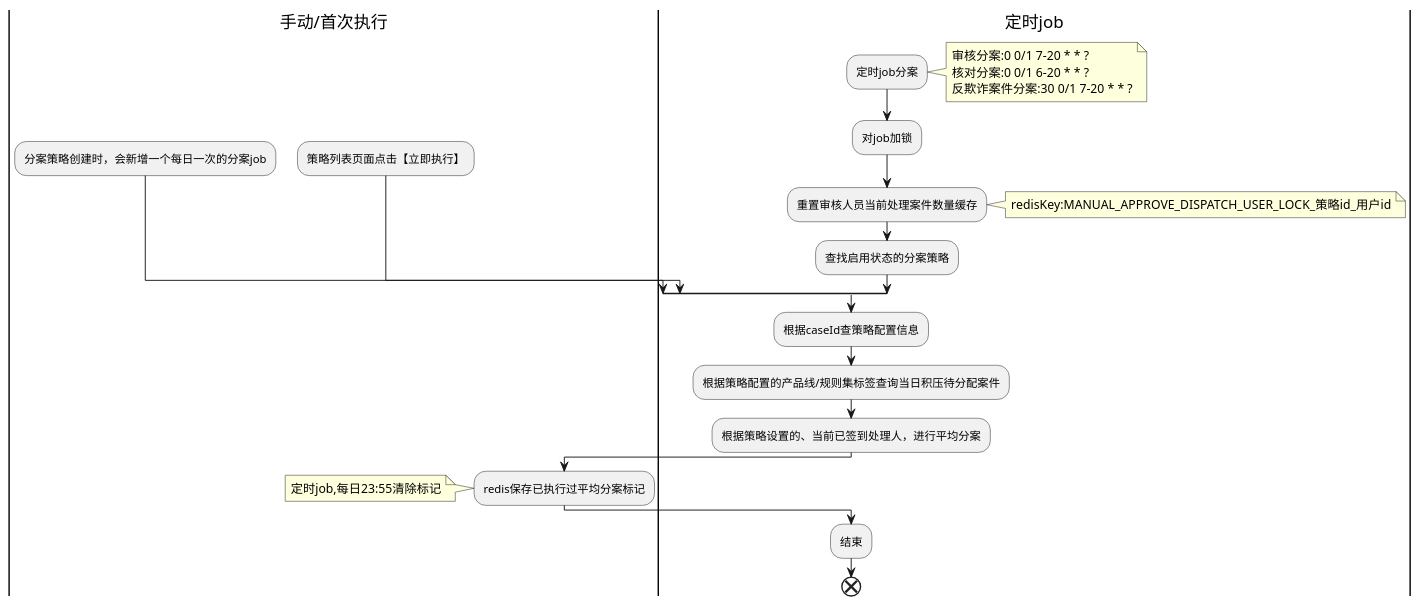
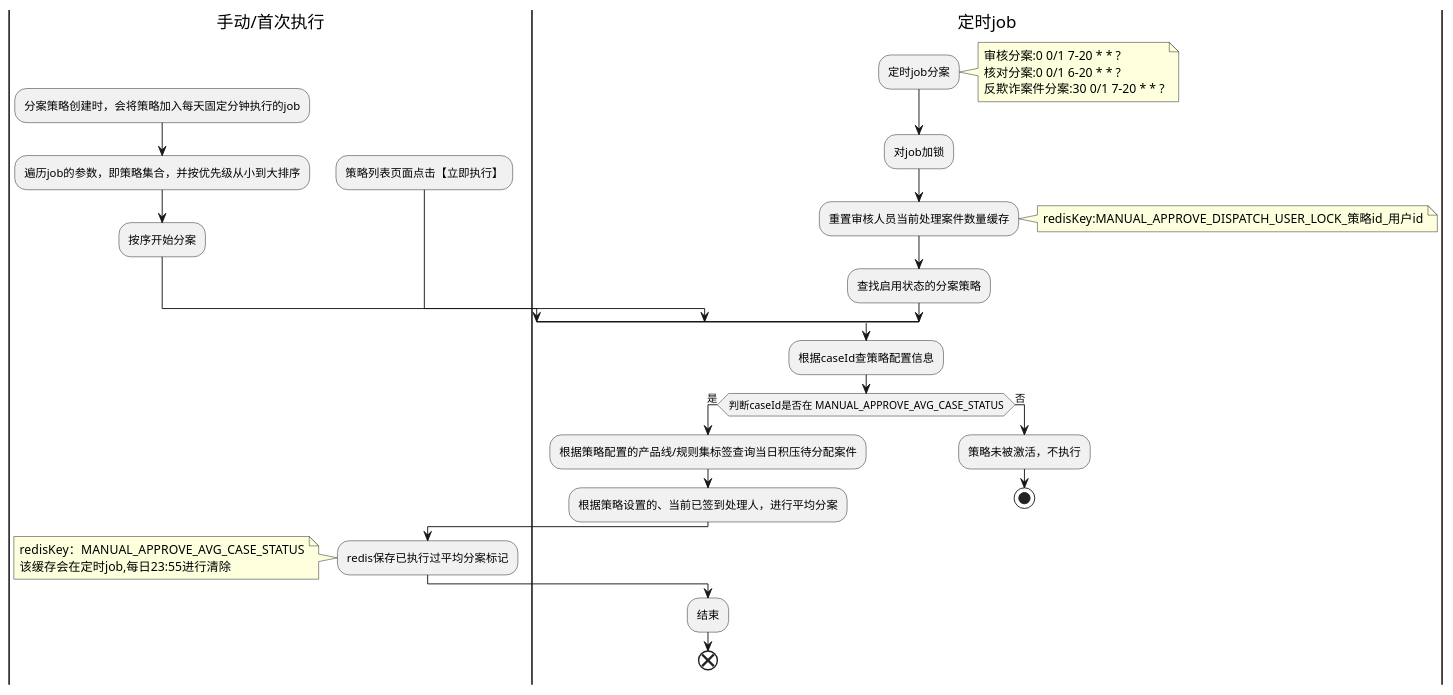
One commit to beareserve/plantuml changed the diagram in file/activity/电核分案流程.puml. Above: the diagram before and after it, drawn with PlantUML. The commit also changed 1 other file, not shown here.

```diff
--- a/file/activity/电核分案流程.puml
+++ b/file/activity/电核分案流程.puml
@@ -1,39 +1,46 @@
 @startuml
 
 |手动/首次执行|
 
 split
 -[hidden]->
-:分案策略创建时，会新增一个每日一次的分案job;
+:分案策略创建时，会将策略加入每天固定分钟执行的job;
+:遍历job的参数，即策略集合，并按优先级从小到大排序;
+:按序开始分案;
 split again
 -[hidden]->
 :策略列表页面点击【立即执行】;
 |定时job|
 
 split again
 -[hidden]->
 :定时job分案;
 note right
 审核分案:0 0/1 7-20 * * ?
 核对分案:0 0/1 6-20 * * ?
 反欺诈案件分案:30 0/1 7-20 * * ?
 end note
 :对job加锁;
 :重置审核人员当前处理案件数量缓存;
 note right
 redisKey:MANUAL_APPROVE_DISPATCH_USER_LOCK_策略id_用户id
 end note
 :查找启用状态的分案策略;
 end split
 :根据caseId查策略配置信息;
+if (判断caseId是否在 MANUAL_APPROVE_AVG_CASE_STATUS) then (是)
 :根据策略配置的产品线/规则集标签查询当日积压待分配案件;
 :根据策略设置的、当前已签到处理人，进行平均分案;
 |手动/首次执行|
 :redis保存已执行过平均分案标记;
 	note left
-	定时job,每日23:55清除标记
+	redisKey：MANUAL_APPROVE_AVG_CASE_STATUS
+	该缓存会在定时job,每日23:55进行清除
 	end note
 	|定时job|
 :结束;
 end
+else (否)
+:策略未被激活，不执行;
+stop
 @enduml
```
